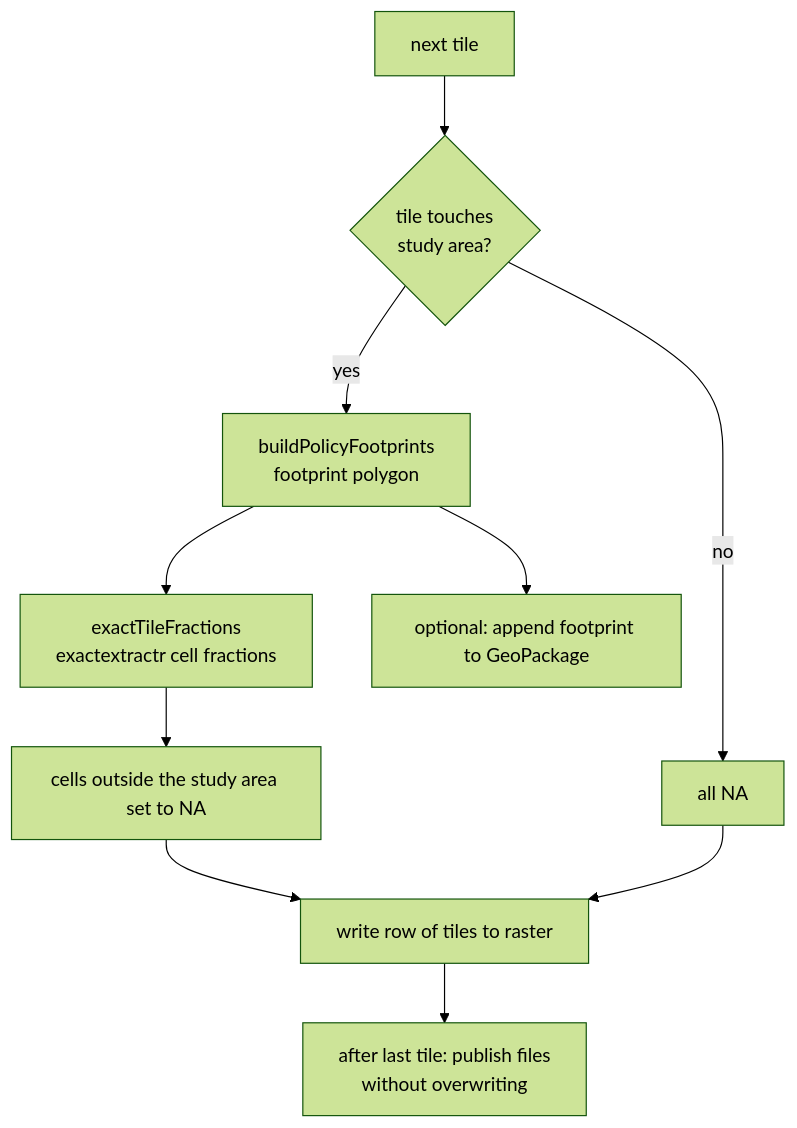
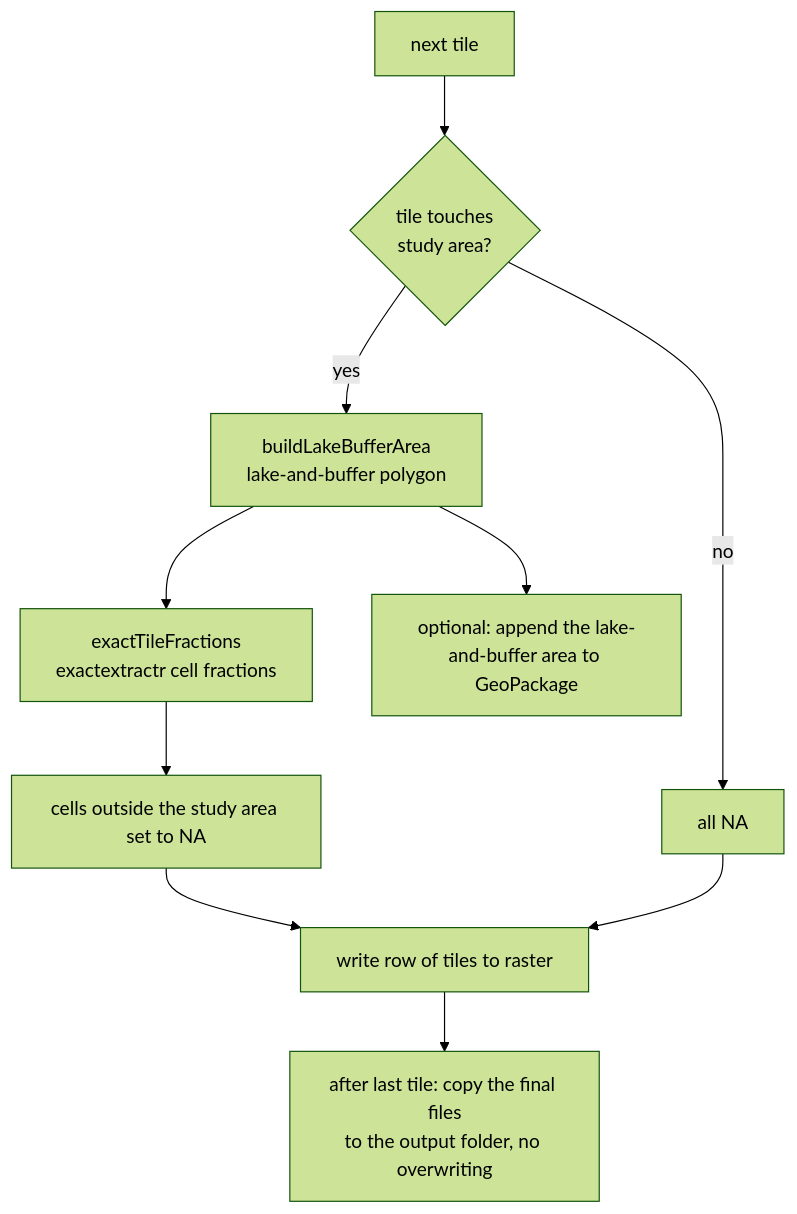
One commit to pedrogit/RiparianBuffers changed the fourth of 5 diagrams in README.md. Above: the diagram before and after it, drawn with Mermaid (forest theme). The commit also changed other lines of this file, not shown here.

````diff
--- a/README.md
+++ b/README.md
@@ -278,12 +279,12 @@
 ```mermaid
 flowchart TD
     T["next tile"] --> Q{"tile touches<br/>study area?"}
     Q -- no --> N["all NA"]
-    Q -- yes --> B["buildPolicyFootprints<br/>footprint polygon"]
+    Q -- yes --> B["buildLakeBufferArea<br/>lake-and-buffer polygon"]
     B --> X["exactTileFractions<br/>exactextractr cell fractions"]
     X --> M["cells outside the study area set to NA"]
     M --> W["write row of tiles to raster"]
-    B --> V["optional: append footprint to GeoPackage"]
+    B --> V["optional: append the lake-and-buffer area to GeoPackage"]
     N --> W
-    W --> P["after last tile: publish files<br/>without overwriting"]
+    W --> P["after last tile: copy the final files<br/>to the output folder, no overwriting"]
 ```
````
